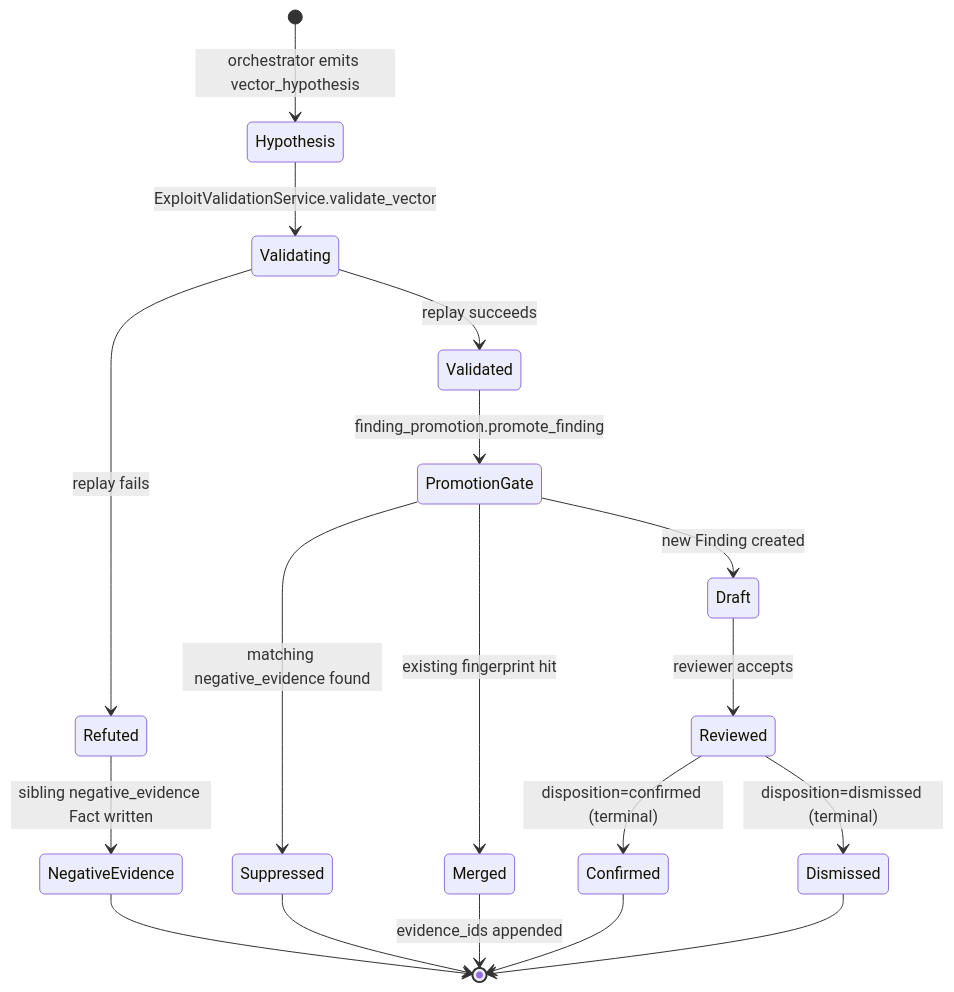
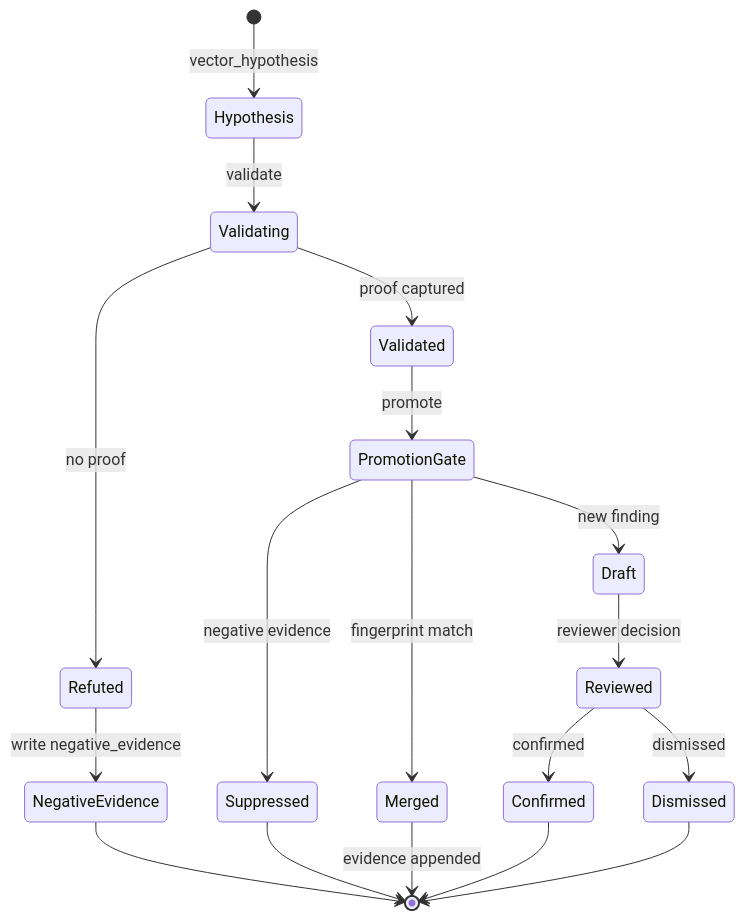
One commit to the-vibe-dev/vantix changed the third of 4 diagrams in README.md. Above: the diagram before and after it, drawn with Mermaid. The commit also changed other lines of this file and 27 other files, not shown here.

````diff
--- a/README.md
+++ b/README.md
@@ -291,20 +291,20 @@
 ```mermaid
 stateDiagram-v2
-    [*] --> Hypothesis: orchestrator emits vector_hypothesis
-    Hypothesis --> Validating: ExploitValidationService.validate_vector
-    Validating --> Validated: replay succeeds
-    Validating --> Refuted: replay fails
-    Refuted --> NegativeEvidence: sibling negative_evidence Fact written
+    [*] --> Hypothesis: vector_hypothesis
+    Hypothesis --> Validating: validate
+    Validating --> Validated: proof captured
+    Validating --> Refuted: no proof
+    Refuted --> NegativeEvidence: write negative_evidence
     NegativeEvidence --> [*]
-    Validated --> PromotionGate: finding_promotion.promote_finding
-    PromotionGate --> Suppressed: matching negative_evidence found
-    PromotionGate --> Merged: existing fingerprint hit
-    PromotionGate --> Draft: new Finding created
-    Draft --> Reviewed: reviewer accepts
-    Reviewed --> Confirmed: disposition=confirmed (terminal)
-    Reviewed --> Dismissed: disposition=dismissed (terminal)
+    Validated --> PromotionGate: promote
+    PromotionGate --> Suppressed: negative evidence
+    PromotionGate --> Merged: fingerprint match
+    PromotionGate --> Draft: new finding
+    Draft --> Reviewed: reviewer decision
+    Reviewed --> Confirmed: confirmed
+    Reviewed --> Dismissed: dismissed
     Suppressed --> [*]
-    Merged --> [*]: evidence_ids appended
+    Merged --> [*]: evidence appended
     Confirmed --> [*]
     Dismissed --> [*]
 ```
````
